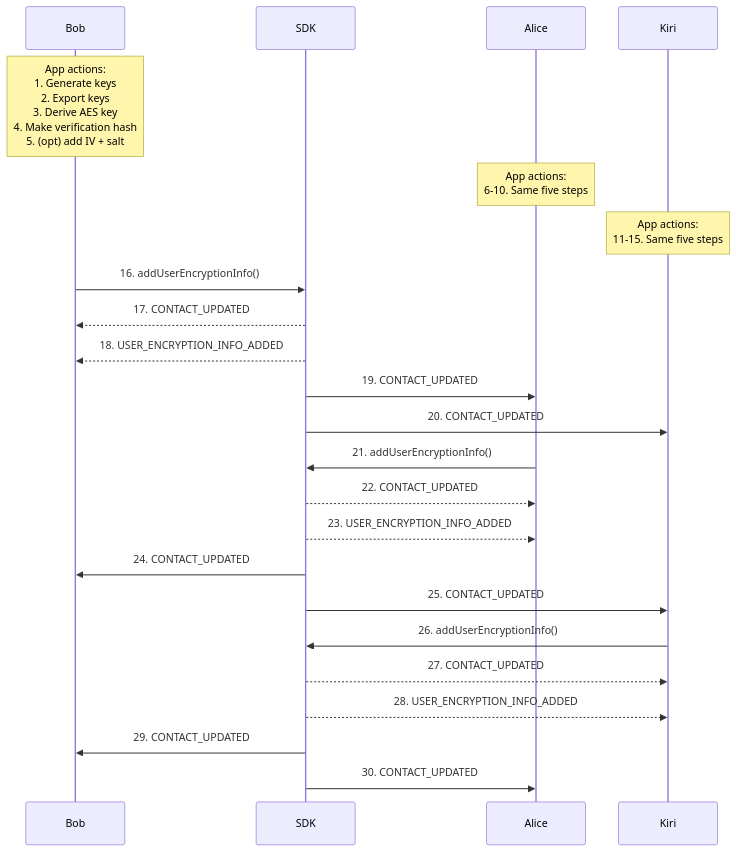
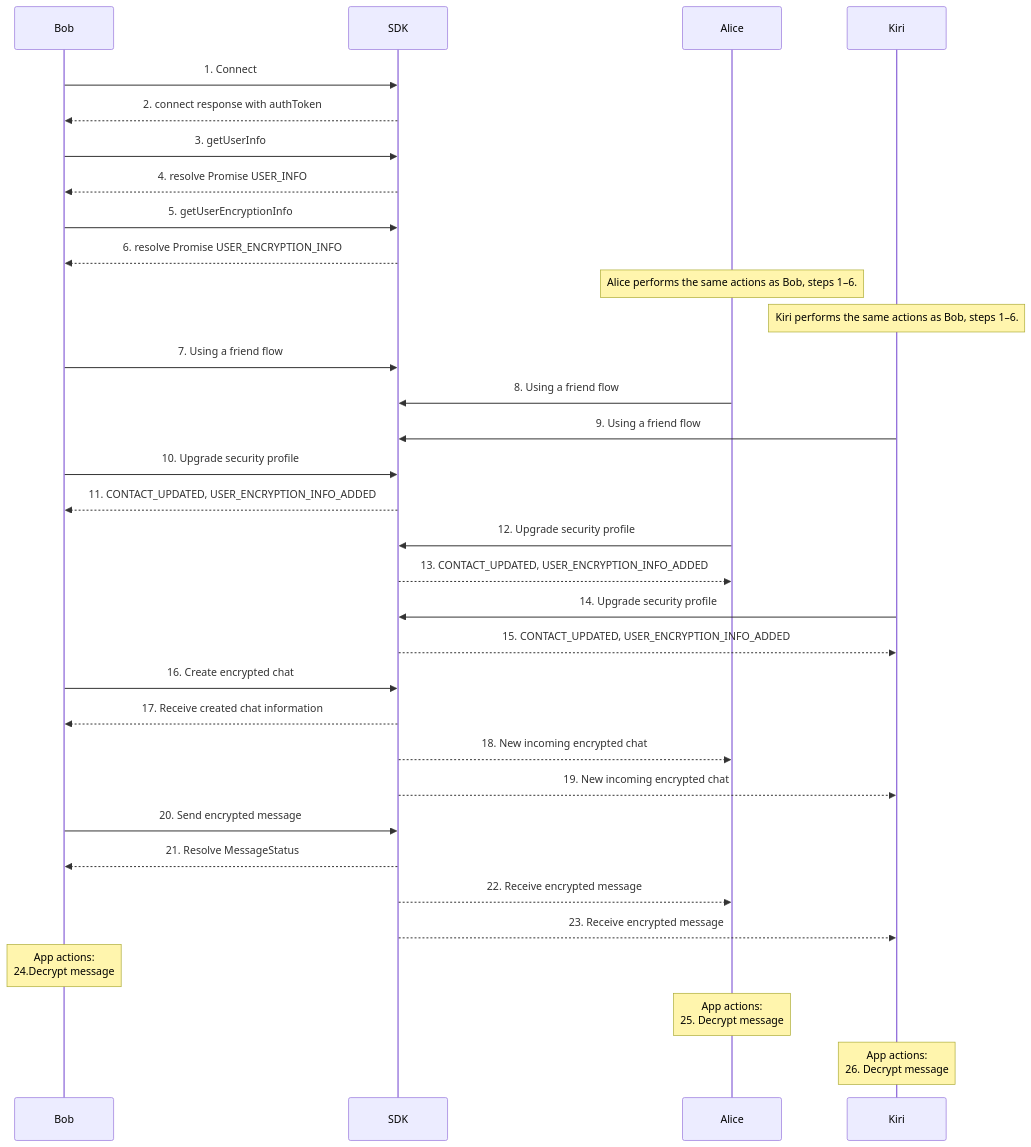
The diagram in src/components/containers/encryptedGroupChat/docs/EncryptedGroupChat.md (flashphoner/MessengerSDK), drawn with Mermaid before and after one commit. The commit also changed other lines of this file and 25 other files, not shown here.

Commit message:
Encrypted chat, Encrypted group chat pages added #zapp-1036

````diff
--- a/src/components/containers/encryptedGroupChat/docs/EncryptedGroupChat.md
+++ b/src/components/containers/encryptedGroupChat/docs/EncryptedGroupChat.md
@@ -109,29 +2,38 @@
 ```mermaid
 sequenceDiagram
     participant Bob
     participant SDK
     participant Alice
     participant Kiri
     
-    Note over Bob: App actions:<br/> 1. Generate keys<br/>2. Export keys<br/>3. Derive AES key<br/>4. Make verification hash<br/>5. (opt) add IV + salt
-    Note over Alice: App actions:<br/> 6‑10. Same five steps
-    Note over Kiri: App actions:<br/> 11‑15. Same five steps
-
-    Bob   ->> SDK: 16. addUserEncryptionInfo()
-    SDK   -->> Bob: 17. CONTACT_UPDATED
-    SDK   -->> Bob: 18. USER_ENCRYPTION_INFO_ADDED
-    SDK   ->> Alice: 19. CONTACT_UPDATED
-    SDK   ->> Kiri: 20. CONTACT_UPDATED
-
-    Alice ->> SDK: 21. addUserEncryptionInfo()
-    SDK   -->> Alice: 22. CONTACT_UPDATED
-    SDK   -->> Alice: 23. USER_ENCRYPTION_INFO_ADDED
-    SDK   ->> Bob: 24. CONTACT_UPDATED
-    SDK   ->> Kiri: 25. CONTACT_UPDATED
-
-    Kiri  ->> SDK: 26. addUserEncryptionInfo()
-    SDK   -->> Kiri: 27. CONTACT_UPDATED
-    SDK   -->> Kiri: 28. USER_ENCRYPTION_INFO_ADDED
-    SDK   ->> Bob: 29. CONTACT_UPDATED
-    SDK   ->> Alice: 30. CONTACT_UPDATED
+    Bob ->> SDK: 1. Connect
+    SDK -->> Bob: 2. connect response with authToken
+    Bob ->> SDK: 3. getUserInfo
+    SDK -->> Bob: 4. resolve Promise USER_INFO
+    Bob ->> SDK: 5. getUserEncryptionInfo
+    SDK -->> Bob: 6. resolve Promise USER_ENCRYPTION_INFO
+    Note over Alice: Alice performs the same actions as Bob, steps 1–6.
+    Note over Kiri: Kiri performs the same actions as Bob, steps 1–6.
+    Bob ->> SDK: 7. Using a friend flow
+    Alice ->> SDK: 8. Using a friend flow
+    Kiri ->> SDK: 9. Using a friend flow
+      
+    Bob ->> SDK: 10. Upgrade security profile
+    SDK -->> Bob: 11.  CONTACT_UPDATED, USER_ENCRYPTION_INFO_ADDED
+    Alice ->> SDK: 12. Upgrade security profile
+    SDK -->> Alice: 13. CONTACT_UPDATED, USER_ENCRYPTION_INFO_ADDED
+    Kiri ->> SDK: 14. Upgrade security profile
+    SDK -->> Kiri: 15. CONTACT_UPDATED, USER_ENCRYPTION_INFO_ADDED
+    Bob ->> SDK: 16. Create encrypted chat
+    SDK -->> Bob: 17. Receive created chat information
+    SDK -->> Alice: 18. New incoming encrypted chat 
+    SDK -->> Kiri: 19. New incoming encrypted chat 
+    Bob ->> SDK: 20. Send encrypted message
+    SDK -->> Bob: 21. Resolve MessageStatus
+    SDK -->> Alice: 22. Receive encrypted message
+    SDK -->> Kiri: 23. Receive encrypted message
+  
+    Note over Bob: App actions: <br/> 24.Decrypt message
+    Note over Alice: App actions: <br/>25. Decrypt message
+    Note over Kiri: App actions: <br/>26. Decrypt message
 ```
````
